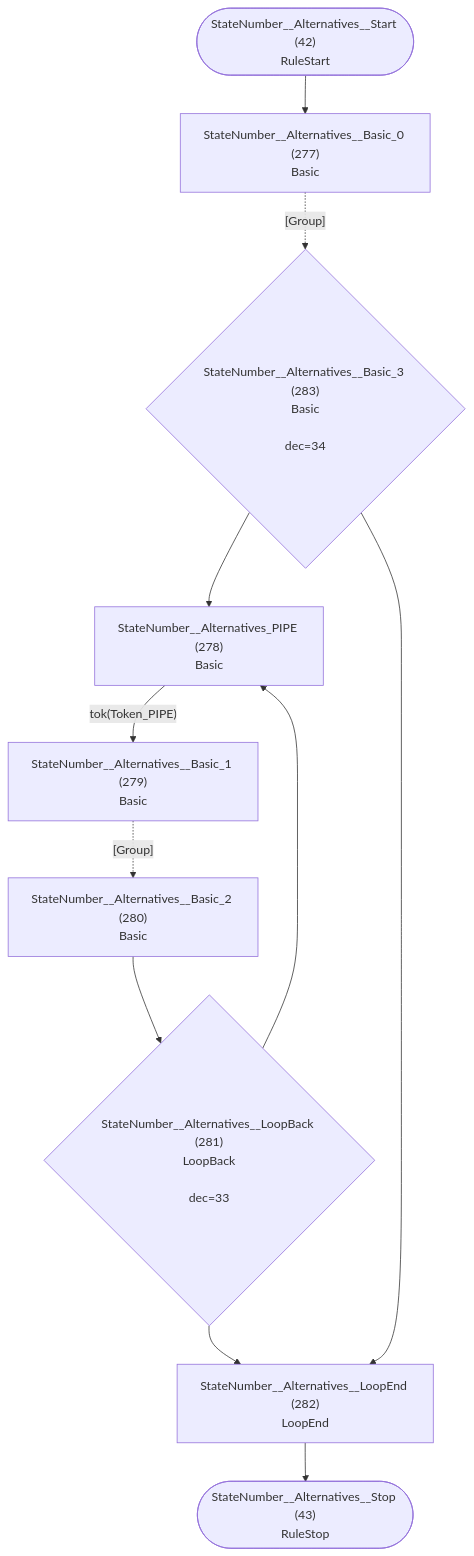
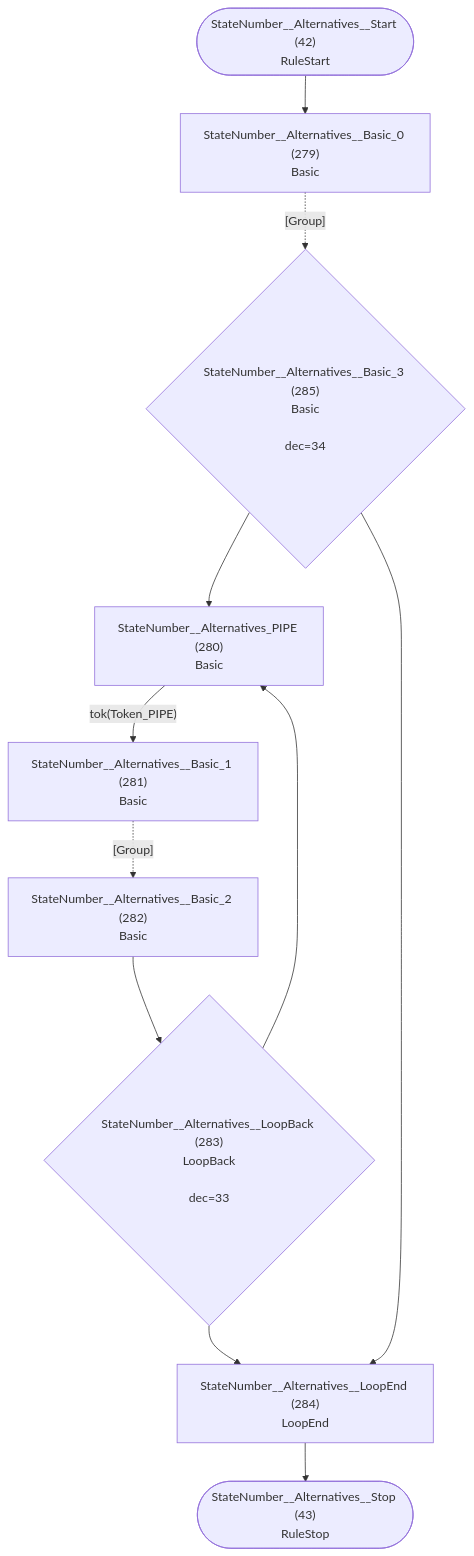
Diagram 22 of 36 in internal/grammar/atn.md (TypeFox/fastbelt), drawn with Mermaid before and after one commit. The commit also changed other lines of this file and 11 other files, not shown here.

````diff
--- a/internal/grammar/atn.md
+++ b/internal/grammar/atn.md
@@ -669,23 +673,23 @@
 ```mermaid
 flowchart TD
     q42(["StateNumber__Alternatives__Start (42)<br/>RuleStart"])
     q43(["StateNumber__Alternatives__Stop (43)<br/>RuleStop"])
-    q277["StateNumber__Alternatives__Basic_0 (277)<br/>Basic<br/>"]
-    q278["StateNumber__Alternatives_PIPE (278)<br/>Basic<br/>"]
-    q279["StateNumber__Alternatives__Basic_1 (279)<br/>Basic<br/>"]
-    q280["StateNumber__Alternatives__Basic_2 (280)<br/>Basic<br/>"]
-    q281{"StateNumber__Alternatives__LoopBack (281)<br/>LoopBack<br/><br/>dec=33"}
-    q282["StateNumber__Alternatives__LoopEnd (282)<br/>LoopEnd<br/>"]
-    q283{"StateNumber__Alternatives__Basic_3 (283)<br/>Basic<br/><br/>dec=34"}
+    q279["StateNumber__Alternatives__Basic_0 (279)<br/>Basic<br/>"]
+    q280["StateNumber__Alternatives_PIPE (280)<br/>Basic<br/>"]
+    q281["StateNumber__Alternatives__Basic_1 (281)<br/>Basic<br/>"]
+    q282["StateNumber__Alternatives__Basic_2 (282)<br/>Basic<br/>"]
+    q283{"StateNumber__Alternatives__LoopBack (283)<br/>LoopBack<br/><br/>dec=33"}
+    q284["StateNumber__Alternatives__LoopEnd (284)<br/>LoopEnd<br/>"]
+    q285{"StateNumber__Alternatives__Basic_3 (285)<br/>Basic<br/><br/>dec=34"}
 
-    q42 --> q277
-    q277 -.->|"[Group]"| q283
-    q278 -->|"tok(Token_PIPE)"| q279
-    q279 -.->|"[Group]"| q280
-    q280 --> q281
-    q281 --> q278
-    q281 --> q282
-    q282 --> q43
-    q283 --> q278
-    q283 --> q282
+    q42 --> q279
+    q279 -.->|"[Group]"| q285
+    q280 -->|"tok(Token_PIPE)"| q281
+    q281 -.->|"[Group]"| q282
+    q282 --> q283
+    q283 --> q280
+    q283 --> q284
+    q284 --> q43
+    q285 --> q280
+    q285 --> q284
 ```
````
